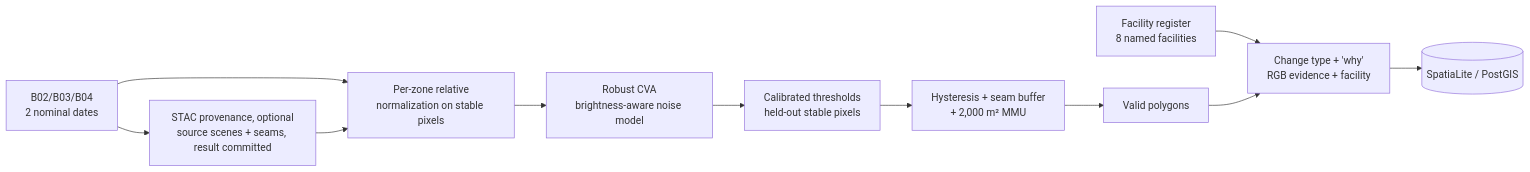
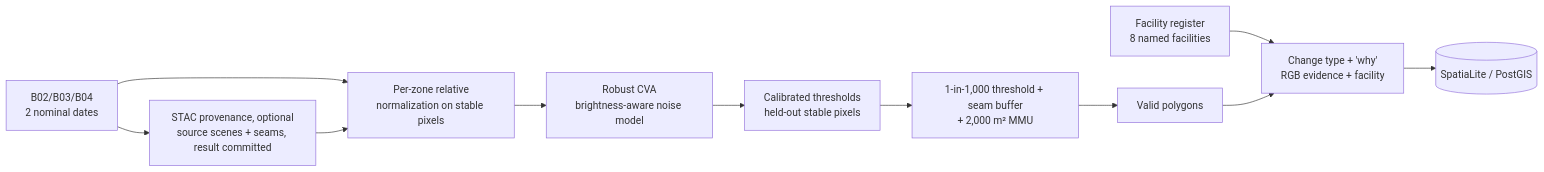
The diagram in README.md (dzakybd/s2change), drawn with Mermaid before and after one commit. The commit also changed other lines of this file and 55 other files, not shown here.

First line of the commit message:
Drop hysteresis: one 1-in-1,000 threshold

````diff
--- a/README.md
+++ b/README.md
@@ -65,13 +65,13 @@
 ```mermaid
 flowchart LR
   A[B02/B03/B04<br/>2 nominal dates] --> P[STAC provenance, optional<br/>source scenes + seams, result committed]
   A --> N[Per-zone relative<br/>normalization on stable pixels]
   P --> N
   N --> C[Robust CVA<br/>brightness-aware noise model]
   C --> K[Calibrated thresholds<br/>held-out stable pixels]
-  K --> B[Hysteresis + seam buffer<br/>+ 2,000 m² MMU]
+  K --> B[1-in-1,000 threshold + seam buffer<br/>+ 2,000 m² MMU]
   B --> V[Valid polygons]
   R[Facility register<br/>8 named facilities] --> T
   V --> T[Change type + 'why'<br/>RGB evidence + facility]
   T --> D[(SpatiaLite / PostGIS)]
 ```
````
